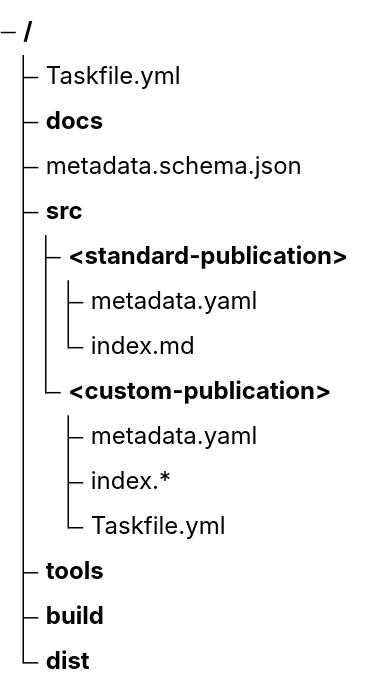
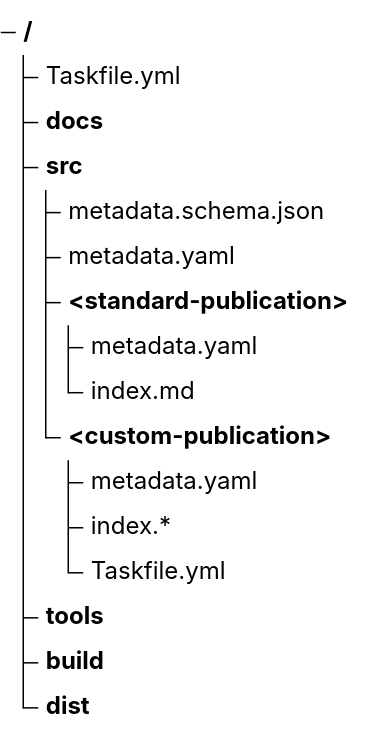
Before and after one commit to shorodilov/publications: the diagram in docs/build-system.md, drawn with Mermaid. The commit also changed other lines of this file, not shown here.

````diff
--- a/docs/build-system.md
+++ b/docs/build-system.md
@@ -111,17 +118,18 @@
 ```mermaid
 treeView-beta
     "Taskfile.yml"
     "docs/"
-    "metadata.schema.json"
     "src/"
+        "metadata.schema.json"
+        "metadata.yaml"
         "<standard-publication>/"
             "metadata.yaml"
             "index.md"
         "<custom-publication>/"
             "metadata.yaml"
             "index.*"
             "Taskfile.yml"
     "tools/"
     "build/"
     "dist/"
 ```
````
